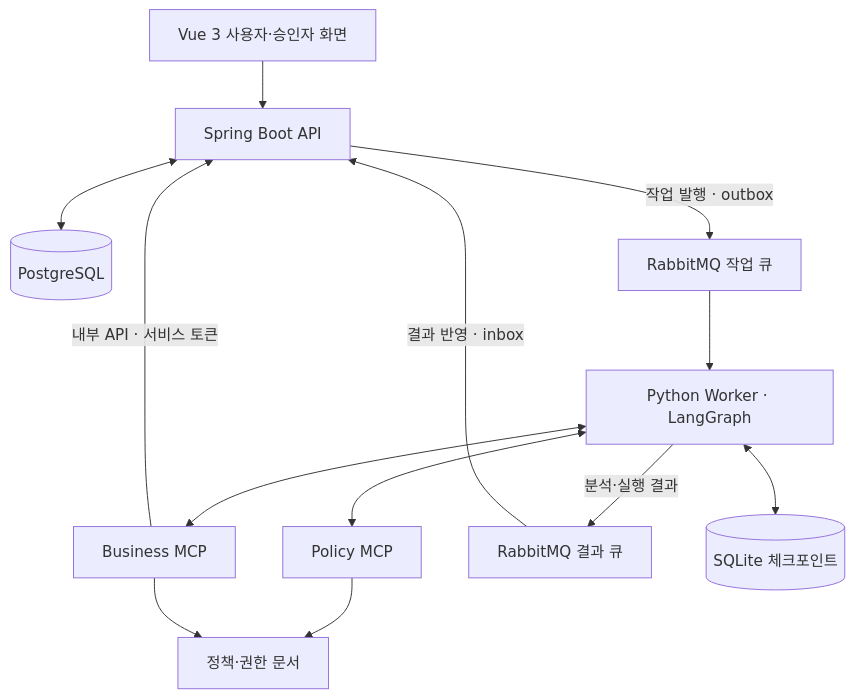
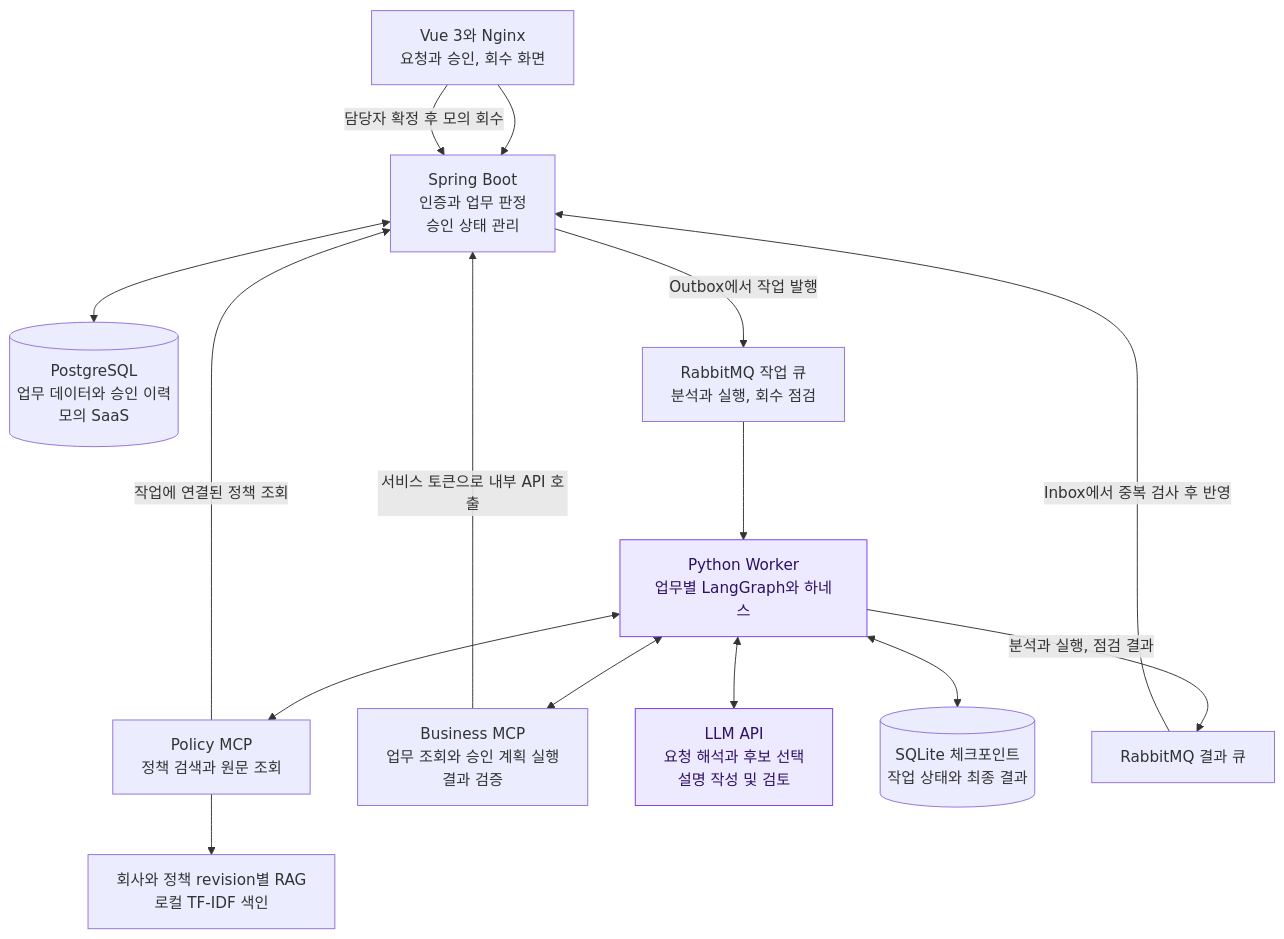
The first of 5 diagrams in README.md (bana-lucky-100/UnlockOps), drawn with Mermaid before and after one commit. The commit also changed other lines of this file and 7 other files, not shown here.

````diff
--- a/README.md
+++ b/README.md
@@ -31,15 +94,19 @@
 ```mermaid
 flowchart TD
-    UI["Vue 3 사용자·승인자 화면"] --> API["Spring Boot API"]
-    API <--> DB[("PostgreSQL")]
-    API -->|"작업 발행 · outbox"| Jobs["RabbitMQ 작업 큐"]
-    Jobs --> Worker["Python Worker · LangGraph"]
-    Worker <--> Policy["Policy MCP"]
-    Worker <--> Business["Business MCP"]
-    Policy --> Docs["정책·권한 문서"]
-    Business --> Docs
-    Business -->|"내부 API · 서비스 토큰"| API
-    Worker -->|"분석·실행 결과"| Results["RabbitMQ 결과 큐"]
-    Results -->|"결과 반영 · inbox"| API
-    Worker <--> State[("SQLite 체크포인트")]
+    UI["Vue 3와 Nginx<br/>요청과 승인, 회수 화면"] --> API["Spring Boot<br/>인증과 업무 판정<br/>승인 상태 관리"]
+    API <--> DB[("PostgreSQL<br/>업무 데이터와 승인 이력<br/>모의 SaaS")]
+    API -->|"Outbox에서 작업 발행"| Jobs["RabbitMQ 작업 큐<br/>분석과 실행, 회수 점검"]
+    Jobs --> Worker["Python Worker<br/>업무별 LangGraph와 하네스"]
+    Worker <--> Policy["Policy MCP<br/>정책 검색과 원문 조회"]
+    Worker <--> Business["Business MCP<br/>업무 조회와 승인 계획 실행<br/>결과 검증"]
+    Policy -->|"작업에 연결된 정책 조회"| API
+    Business -->|"서비스 토큰으로 내부 API 호출"| API
+    Policy --> Index["회사와 정책 revision별 RAG<br/>로컬 TF-IDF 색인"]
+    Worker <--> LLM["LLM API<br/>요청 해석과 후보 선택<br/>설명 작성 및 검토"]
+    Worker <--> State[("SQLite 체크포인트<br/>작업 상태와 최종 결과")]
+    Worker -->|"분석과 실행, 점검 결과"| Results["RabbitMQ 결과 큐"]
+    Results -->|"Inbox에서 중복 검사 후 반영"| API
+    UI -->|"담당자 확정 후 모의 회수"| API
+    classDef agent fill:#ede9fe,stroke:#7c3aed,color:#2e1065
+    class Worker,LLM agent
 ```
````
